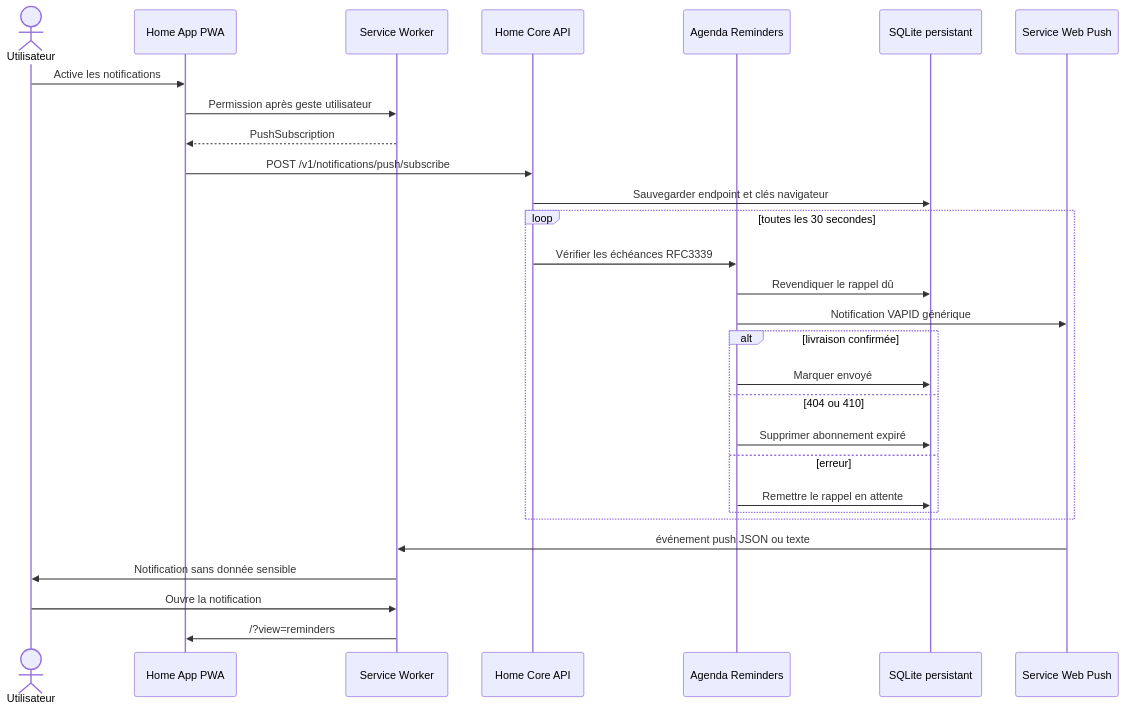
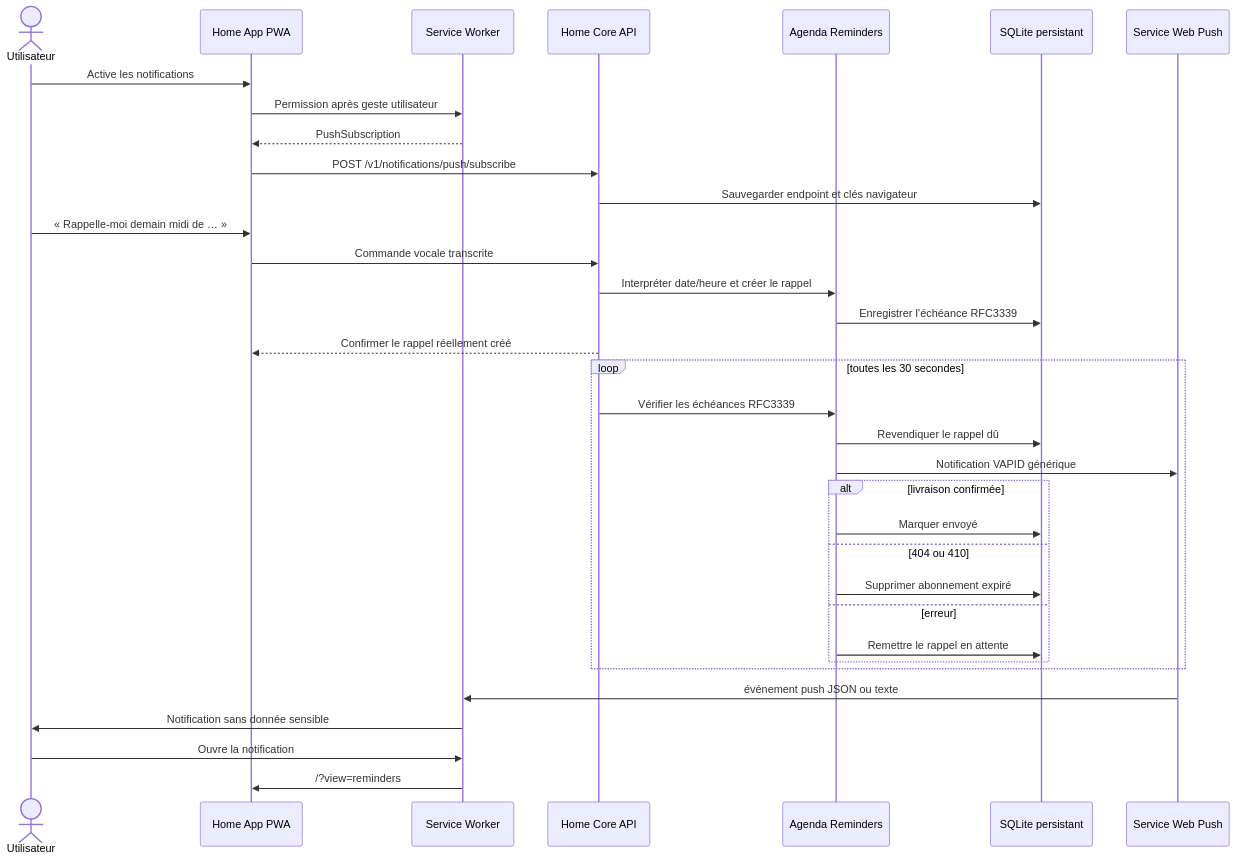
Before and after one commit to clementortiz134595/HOME-AI: the diagram in poles/technique/home-core/diagrammes/sequence-rappels-web-push.mmd, drawn with Mermaid. The commit also changed 7 other files, not shown here.

```diff
--- a/poles/technique/home-core/diagrammes/sequence-rappels-web-push.mmd
+++ b/poles/technique/home-core/diagrammes/sequence-rappels-web-push.mmd
@@ -1,30 +1,35 @@
 sequenceDiagram
     actor user as Utilisateur
     participant app as Home App PWA
     participant sw as Service Worker
     participant api as Home Core API
     participant reminders as Agenda Reminders
     participant store as SQLite persistant
     participant push as Service Web Push
 
     user->>app: Active les notifications
     app->>sw: Permission après geste utilisateur
     sw-->>app: PushSubscription
     app->>api: POST /v1/notifications/push/subscribe
     api->>store: Sauvegarder endpoint et clés navigateur
+    user->>app: « Rappelle-moi demain midi de … »
+    app->>api: Commande vocale transcrite
+    api->>reminders: Interpréter date/heure et créer le rappel
+    reminders->>store: Enregistrer l’échéance RFC3339
+    api-->>app: Confirmer le rappel réellement créé
     loop toutes les 30 secondes
         api->>reminders: Vérifier les échéances RFC3339
         reminders->>store: Revendiquer le rappel dû
         reminders->>push: Notification VAPID générique
         alt livraison confirmée
             reminders->>store: Marquer envoyé
         else 404 ou 410
             reminders->>store: Supprimer abonnement expiré
         else erreur
             reminders->>store: Remettre le rappel en attente
         end
     end
     push->>sw: événement push JSON ou texte
     sw->>user: Notification sans donnée sensible
     user->>sw: Ouvre la notification
     sw->>app: /?view=reminders
```
